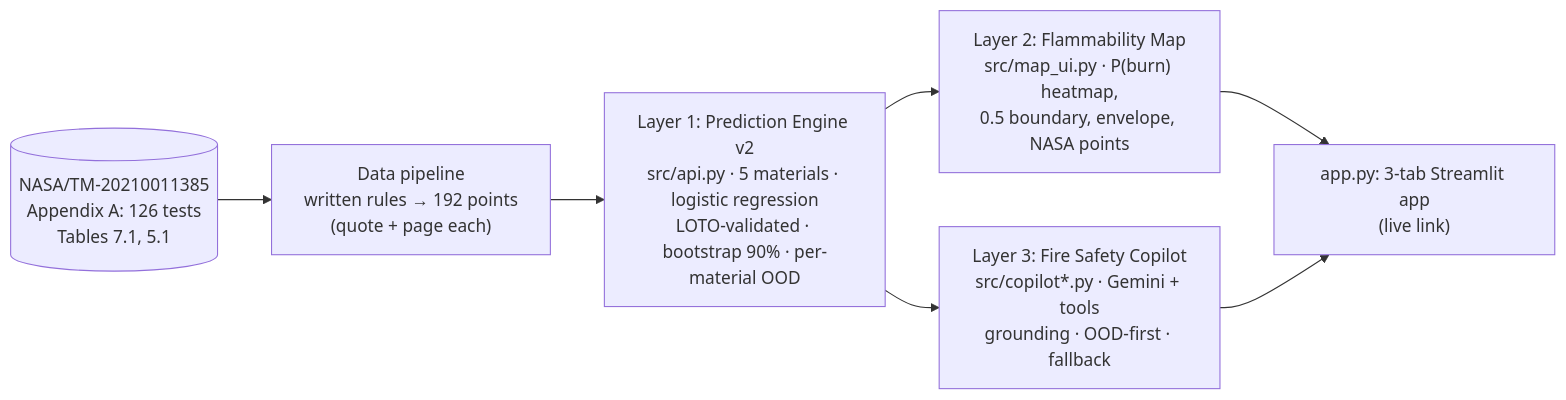
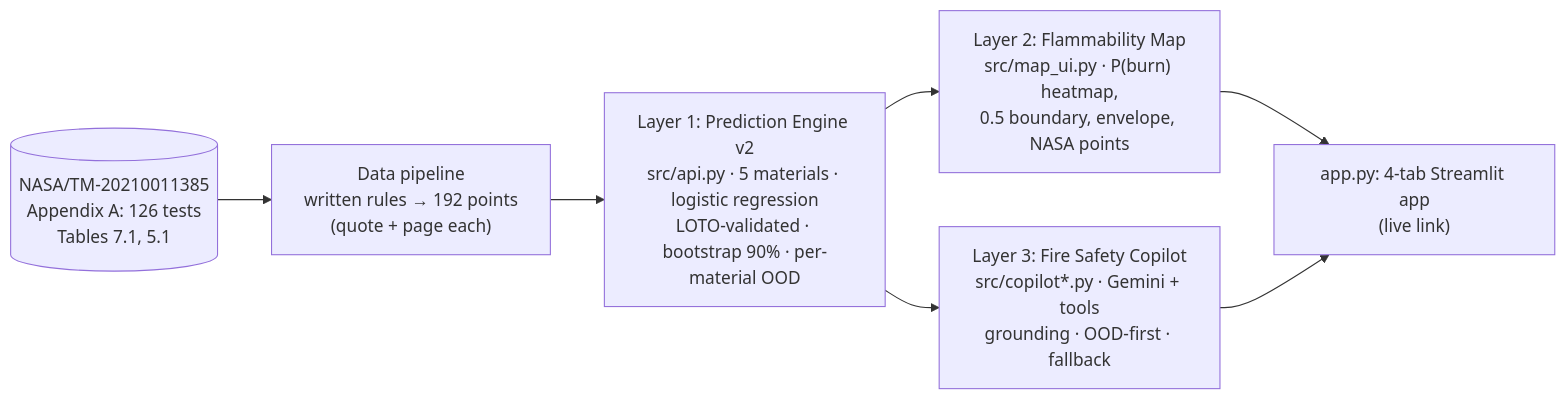
The first of 2 diagrams in README.md (badr5556/FlameMargin), drawn with Mermaid before and after one commit. The commit also changed other lines of this file and 6 other files, not shown here.

First line of the commit message:
Add the Evidence Gap view as the app's first tab

````diff
--- a/README.md
+++ b/README.md
@@ -57,9 +66,9 @@
 ```mermaid
 flowchart LR
     D[("NASA/TM-20210011385<br/>Appendix A: 126 tests<br/>Tables 7.1, 5.1")] --> P["Data pipeline<br/>written rules → 192 points<br/>(quote + page each)"]
     P --> L1["Layer 1: Prediction Engine v2<br/>src/api.py · 5 materials · logistic regression<br/>LOTO-validated · bootstrap 90% · per-material OOD"]
     L1 --> L2["Layer 2: Flammability Map<br/>src/map_ui.py · P(burn) heatmap,<br/>0.5 boundary, envelope, NASA points"]
     L1 --> L3["Layer 3: Fire Safety Copilot<br/>src/copilot*.py · Gemini + tools<br/>grounding · OOD-first · fallback"]
-    L2 --> APP["app.py: 3-tab Streamlit app<br/>(live link)"]
+    L2 --> APP["app.py: 4-tab Streamlit app<br/>(live link)"]
     L3 --> APP
 ```
````
